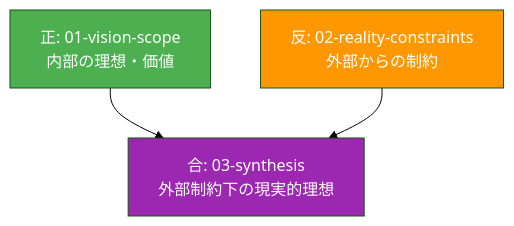
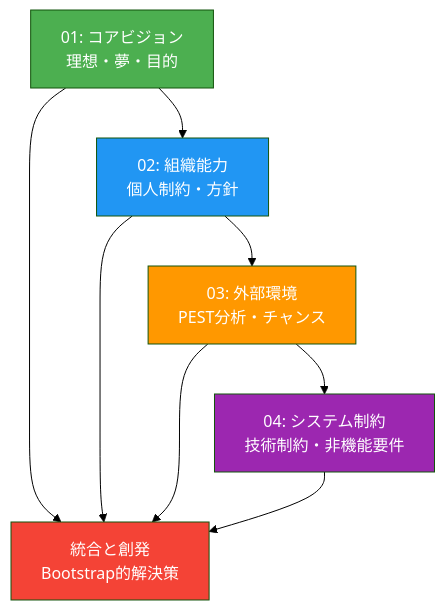
One commit to ikemo3/cogitoweave-doc changed the diagram in docs/10-vision-reality/README.md. Above: the diagram before and after it, drawn with Mermaid (forest theme). The commit also changed other lines of this file and 195 other files, not shown here.

````diff
--- a/docs/10-vision-reality/README.md
+++ b/docs/10-vision-reality/README.md
@@ -13,9 +37,17 @@
 ```mermaid
 graph TD
-    A[正: 01-vision-scope<br/>内部の理想・価値] --> C[合: 03-synthesis<br/>外部制約下の現実的理想]
-    B[反: 02-reality-constraints<br/>外部からの制約] --> C
+    A[01: コアビジョン<br/>理想・夢・目的] --> B[02: 組織能力<br/>個人制約・方針]
+    B --> C[03: 外部環境<br/>PEST分析・チャンス]
+    C --> D[04: システム制約<br/>技術制約・非機能要件]
+
+    A --> E[統合と創発<br/>Bootstrap的解決策]
+    B --> E
+    C --> E
+    D --> E
 
     style A fill:#4caf50,color:#fff
-    style B fill:#ff9800,color:#fff
-    style C fill:#9c27b0,color:#fff
+    style B fill:#2196f3,color:#fff
+    style C fill:#ff9800,color:#fff
+    style D fill:#9c27b0,color:#fff
+    style E fill:#f44336,color:#fff
 ```
````
